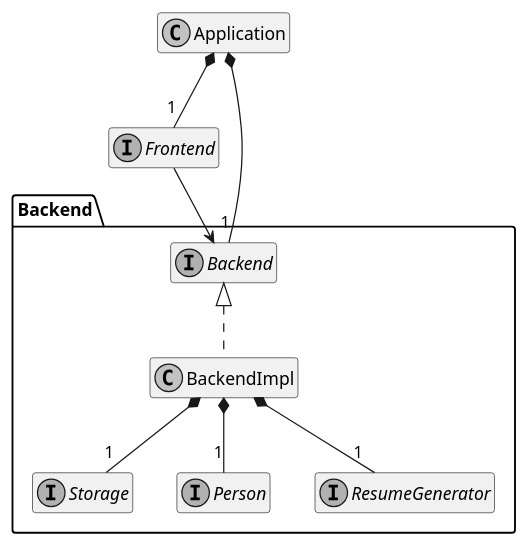
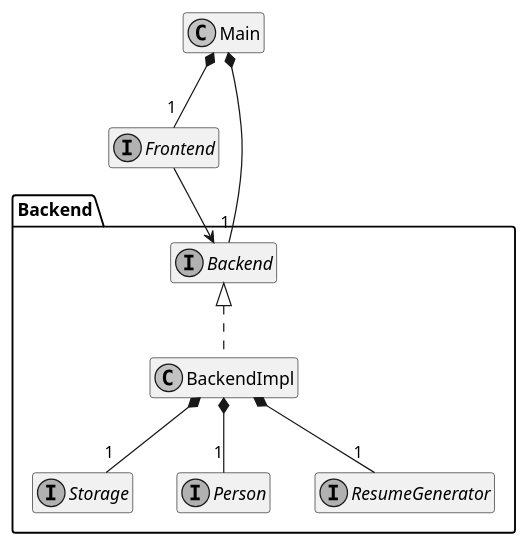
The diagram in docs/diagrams/BackendArchitectureClassDiagram.puml (marckysan/ResuMe), drawn with PlantUML before and after one commit. The commit also changed 8 other files, not shown here.

```diff
--- a/docs/diagrams/BackendArchitectureClassDiagram.puml
+++ b/docs/diagrams/BackendArchitectureClassDiagram.puml
@@ -1,27 +1,27 @@
 @startuml
 
 skinparam monochrome true
 hide empty members
 
-class Application
+class Main
 interface Frontend
-Application *-- "1" Backend.Backend
-Application *-- "1" Frontend
+Main *-- "1" Backend.Backend
+Main *-- "1" Frontend
 Frontend --> Backend.Backend
 
 namespace Backend {
 
 interface Backend
 class BackendImpl
 Backend <|.. BackendImpl
 
 interface Storage
 interface Person
 interface ResumeGenerator
 BackendImpl *-- "1" Storage
 BackendImpl *-- "1" Person
 BackendImpl *-- "1" ResumeGenerator
 
 }
 
 @enduml
```
